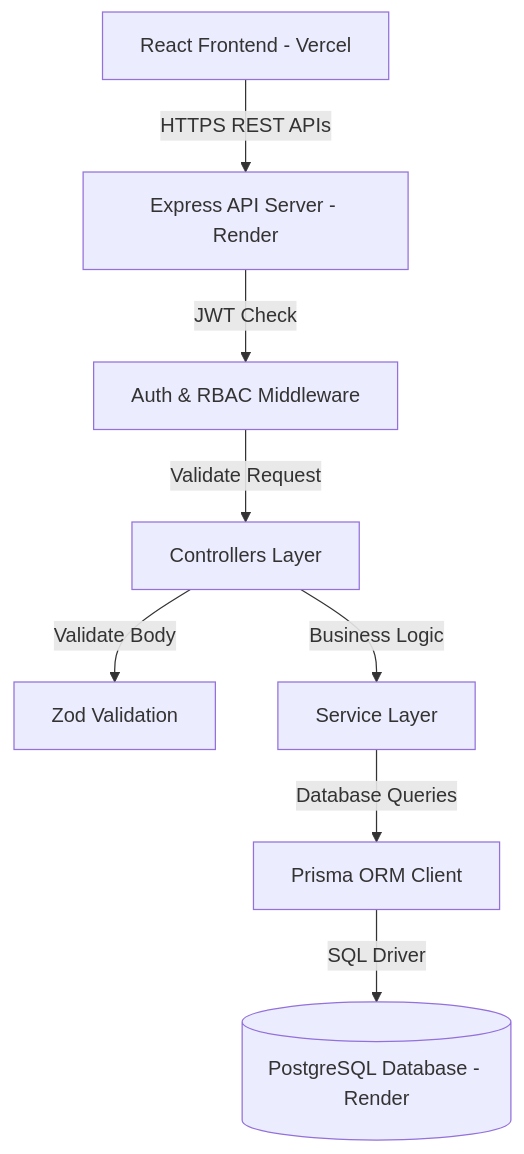
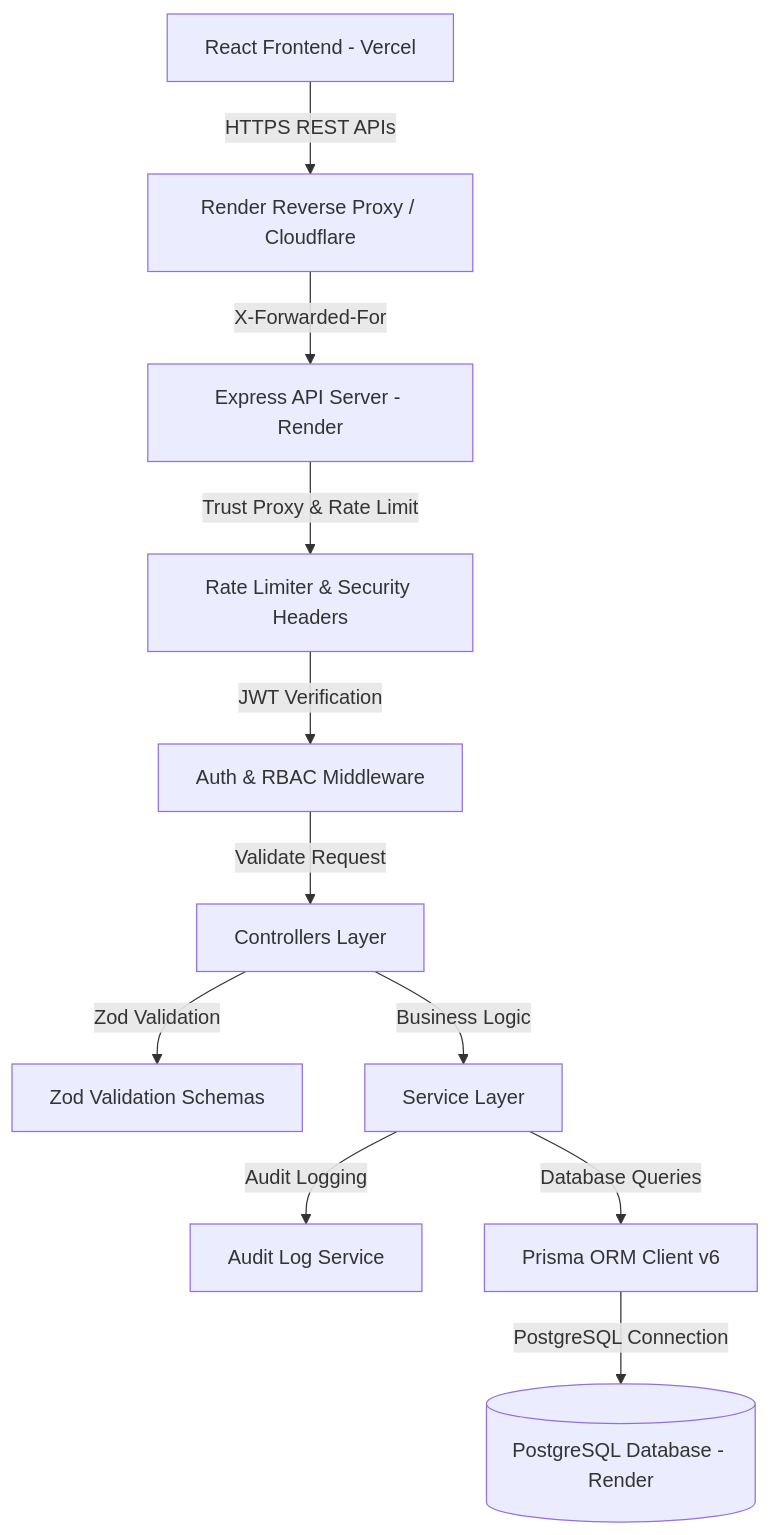
Before and after one commit to ManishPatidar806/Enterprise-Mini-ERP-CRM-Operations-Portal: the first of 3 diagrams in README.md, drawn with Mermaid. The commit also changed other lines of this file and 2 other files, not shown here.

Commit message:
Fix reverse proxy trust headers and Dockerfile start command for Render

````diff
--- a/README.md
+++ b/README.md
@@ -48,10 +68,13 @@
 ```mermaid
 graph TD
-    Client[React Frontend - Vercel] -->|HTTPS REST APIs| API[Express API Server - Render]
-    API -->|JWT Check| AuthMiddleware[Auth & RBAC Middleware]
+    Client[React Frontend - Vercel] -->|HTTPS REST APIs| Proxy[Render Reverse Proxy / Cloudflare]
+    Proxy -->|X-Forwarded-For| API[Express API Server - Render]
+    API -->|Trust Proxy & Rate Limit| Limiter[Rate Limiter & Security Headers]
+    Limiter -->|JWT Verification| AuthMiddleware[Auth & RBAC Middleware]
     AuthMiddleware -->|Validate Request| Controllers[Controllers Layer]
-    Controllers -->|Validate Body| ValidationLayer[Zod Validation]
+    Controllers -->|Zod Validation| ValidationLayer[Zod Validation Schemas]
     Controllers -->|Business Logic| Services[Service Layer]
-    Services -->|Database Queries| Prisma[Prisma ORM Client]
-    Prisma -->|SQL Driver| Database[(PostgreSQL Database - Render)]
+    Services -->|Audit Logging| AuditService[Audit Log Service]
+    Services -->|Database Queries| Prisma[Prisma ORM Client v6]
+    Prisma -->|PostgreSQL Connection| Database[(PostgreSQL Database - Render)]
 ```
````
